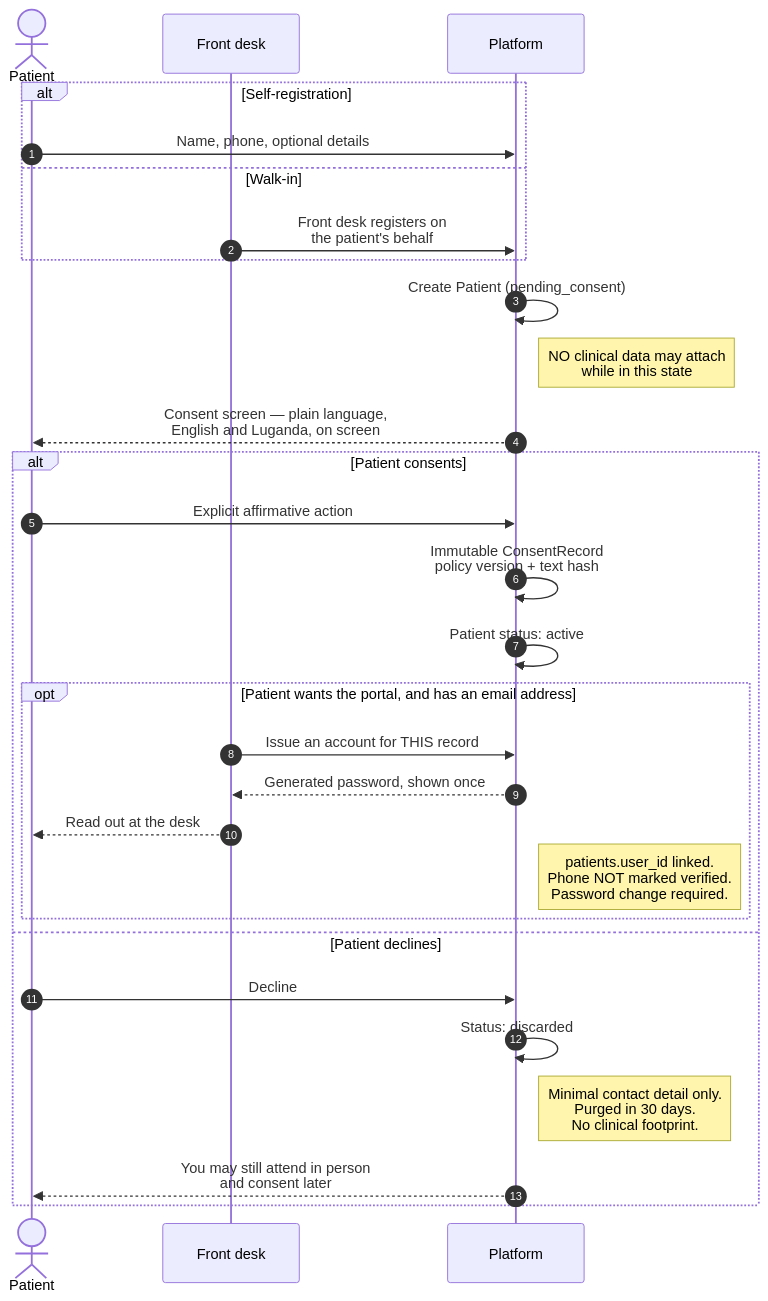
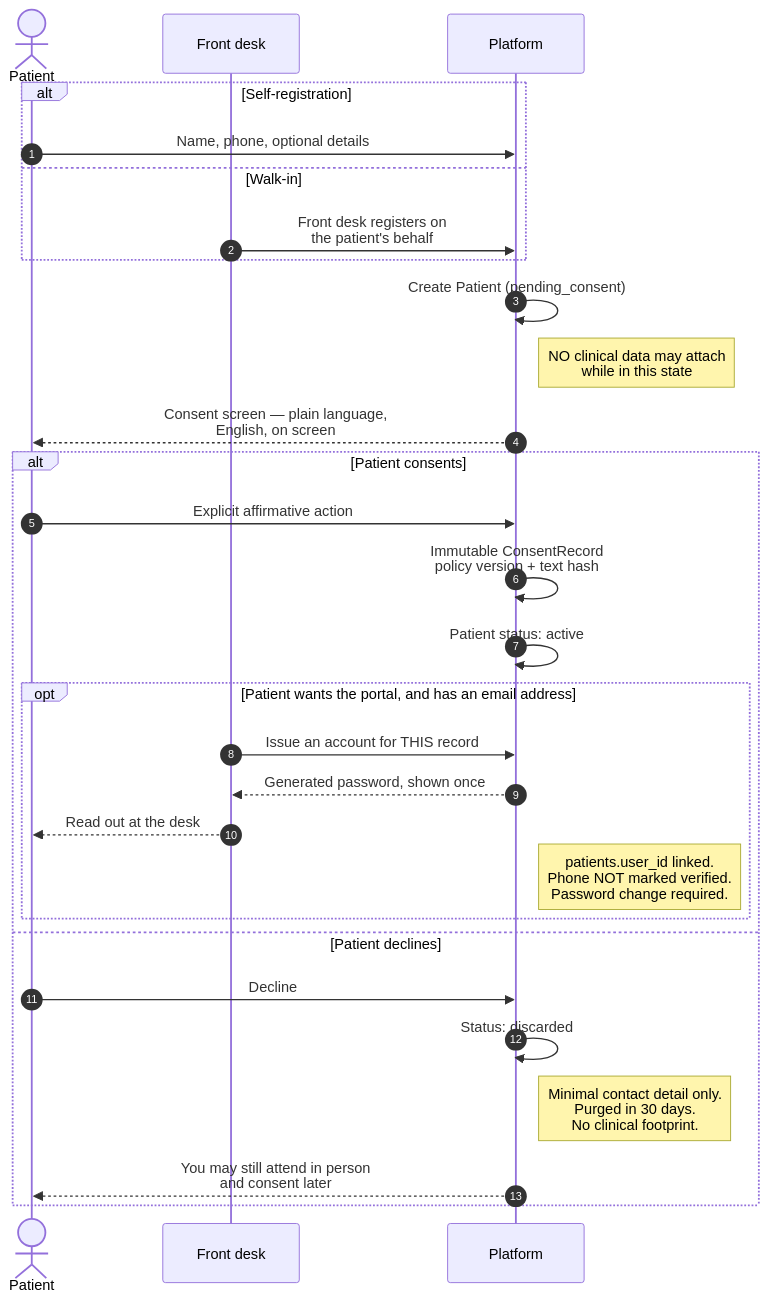
Before and after one commit to BAGOMBEKA-JOB-DEV/carevelo: the diagram in docs/10-product/prd-h2-patient-registration-consent.md, drawn with Mermaid. The commit also changed other lines of this file and 8 other files, not shown here.

````diff
--- a/docs/10-product/prd-h2-patient-registration-consent.md
+++ b/docs/10-product/prd-h2-patient-registration-consent.md
@@ -27,33 +27,33 @@
 ```mermaid
 sequenceDiagram
     autonumber
     actor Pt as Patient
     participant FD as Front desk
     participant P as Platform
 
     alt Self-registration
         Pt->>P: Name, phone, optional details
     else Walk-in
         FD->>P: Front desk registers on<br/>the patient's behalf
     end
     P->>P: Create Patient (pending_consent)
     Note right of P: NO clinical data may attach<br/>while in this state
 
-    P-->>Pt: Consent screen — plain language,<br/>English and Luganda, on screen
+    P-->>Pt: Consent screen — plain language,<br/>English, on screen
     alt Patient consents
         Pt->>P: Explicit affirmative action
         P->>P: Immutable ConsentRecord<br/>policy version + text hash
         P->>P: Patient status: active
         opt Patient wants the portal, and has an email address
             FD->>P: Issue an account for THIS record
             P-->>FD: Generated password, shown once
             FD-->>Pt: Read out at the desk
             Note right of P: patients.user_id linked.<br/>Phone NOT marked verified.<br/>Password change required.
         end
     else Patient declines
         Pt->>P: Decline
         P->>P: Status: discarded
         Note right of P: Minimal contact detail only.<br/>Purged in 30 days.<br/>No clinical footprint.
         P-->>Pt: You may still attend in person<br/>and consent later
     end
 ```
````
